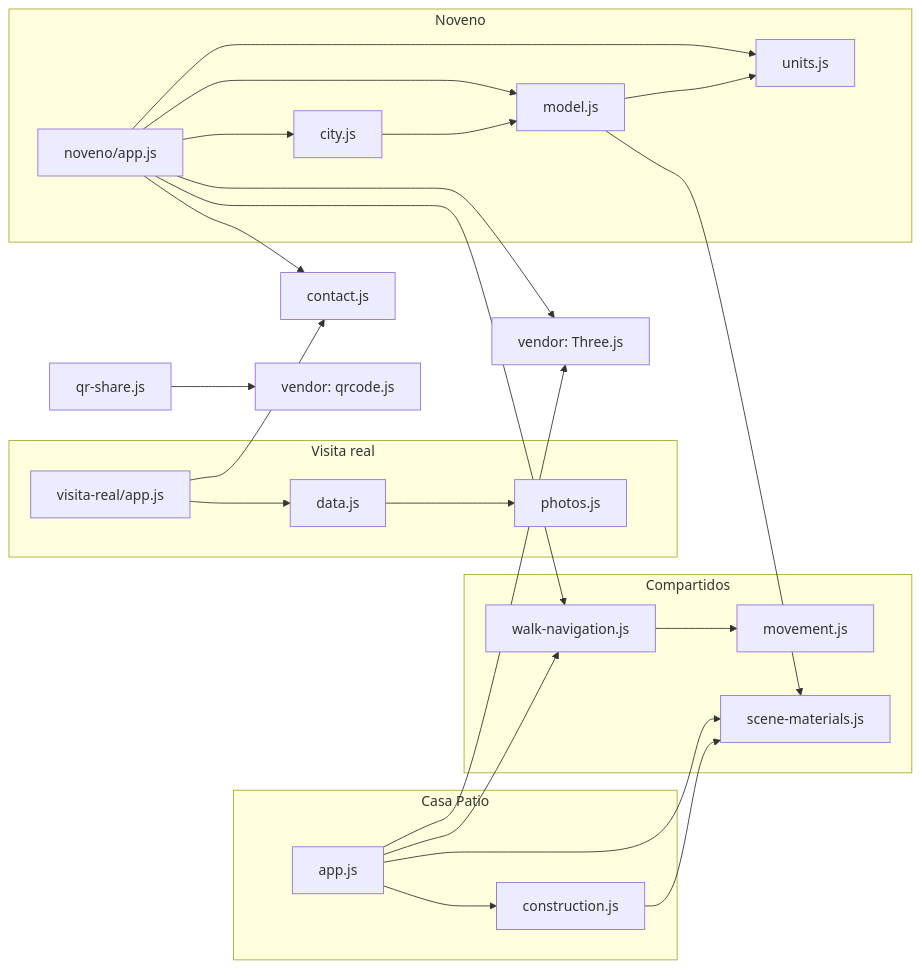
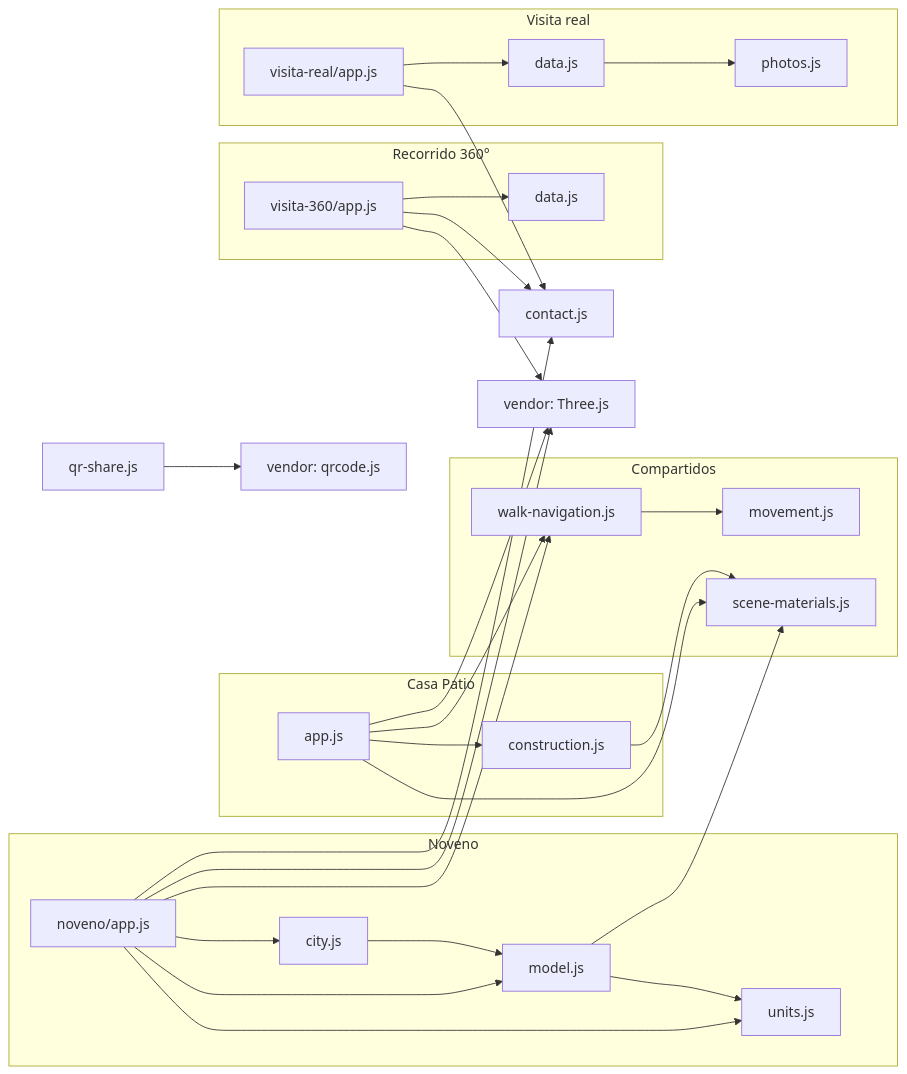
One commit to geroo03/inmobiliaria-c-rdoba-3D changed the diagram in docs/tecnico/arquitectura.md. Above: the diagram before and after it, drawn with Mermaid. The commit also changed other lines of this file and 31 other files, not shown here.

````diff
--- a/docs/tecnico/arquitectura.md
+++ b/docs/tecnico/arquitectura.md
@@ -40,29 +41,34 @@
 ```mermaid
 flowchart LR
     subgraph CP[Casa Patio]
         A[app.js] --> C[construction.js]
     end
     subgraph NV[Noveno]
         N[noveno/app.js] --> U[units.js]
         N --> M[model.js]
         N --> Y[city.js]
         M --> U
         Y --> M
     end
     subgraph VR[Visita real]
         V[visita-real/app.js] --> D[data.js] --> P[photos.js]
     end
+    subgraph R3[Recorrido 360°]
+        R[visita-360/app.js] --> RD[data.js]
+    end
     N --> CT[contact.js]
     V --> CT
+    R --> CT
+    R --> T
     QS[qr-share.js] --> QL[vendor: qrcode.js]
     subgraph SH[Compartidos]
         W[walk-navigation.js] --> MV[movement.js]
         S[scene-materials.js]
     end
     A --> W
     A --> S
     C --> S
     N --> W
     M --> S
     A & N --> T[vendor: Three.js]
 ```
````
